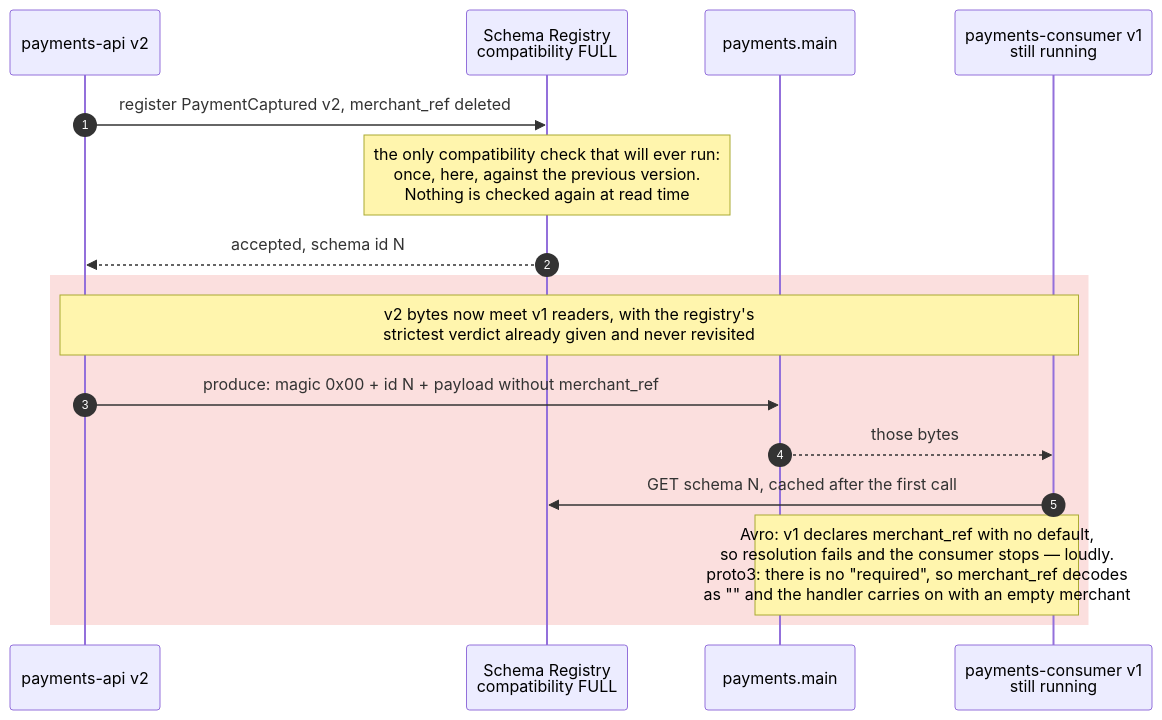
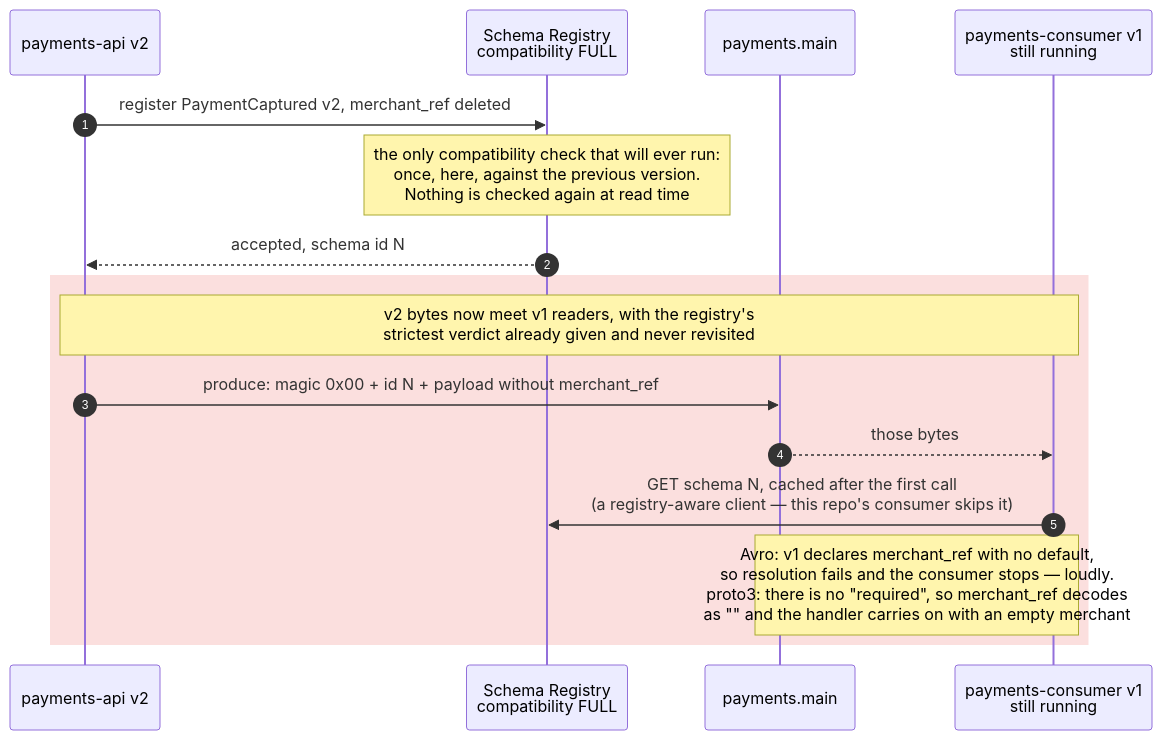
Before and after one commit to DmytroLysenko1/Kafka-lab: the first of 3 diagrams in docs/static/09-schema-evolution.md, drawn with Mermaid. The commit also changed other lines of this file and 215 other files, not shown here.

````diff
--- a/docs/static/09-schema-evolution.md
+++ b/docs/static/09-schema-evolution.md
@@ -22,20 +22,20 @@
 ```mermaid
 sequenceDiagram
     autonumber
     participant P as payments-api v2
     participant SR as Schema Registry<br/>compatibility FULL
     participant T as payments.main
     participant C1 as payments-consumer v1<br/>still running
 
     P->>SR: register PaymentCaptured v2, merchant_ref deleted
     Note over SR: the only compatibility check that will ever run:<br/>once, here, against the previous version.<br/>Nothing is checked again at read time
     SR-->>P: accepted, schema id N
 
     rect rgba(229, 57, 53, 0.16)
         Note over P,C1: v2 bytes now meet v1 readers, with the registry's<br/>strictest verdict already given and never revisited
         P->>T: produce: magic 0x00 + id N + payload without merchant_ref
         T-->>C1: those bytes
-        C1->>SR: GET schema N, cached after the first call
+        C1->>SR: GET schema N, cached after the first call<br/>(a registry-aware client — this repo's consumer skips it)
         Note over T,C1: Avro: v1 declares merchant_ref with no default,<br/>so resolution fails and the consumer stops — loudly.<br/>proto3: there is no "required", so merchant_ref decodes<br/>as "" and the handler carries on with an empty merchant
     end
 ```
````
